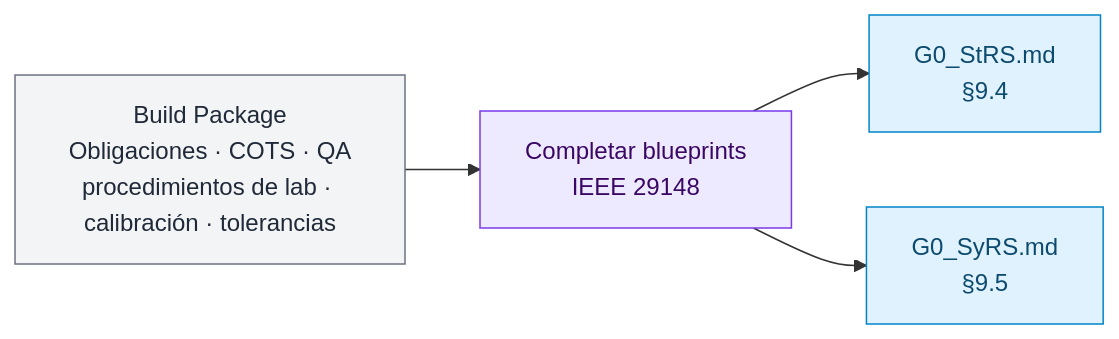
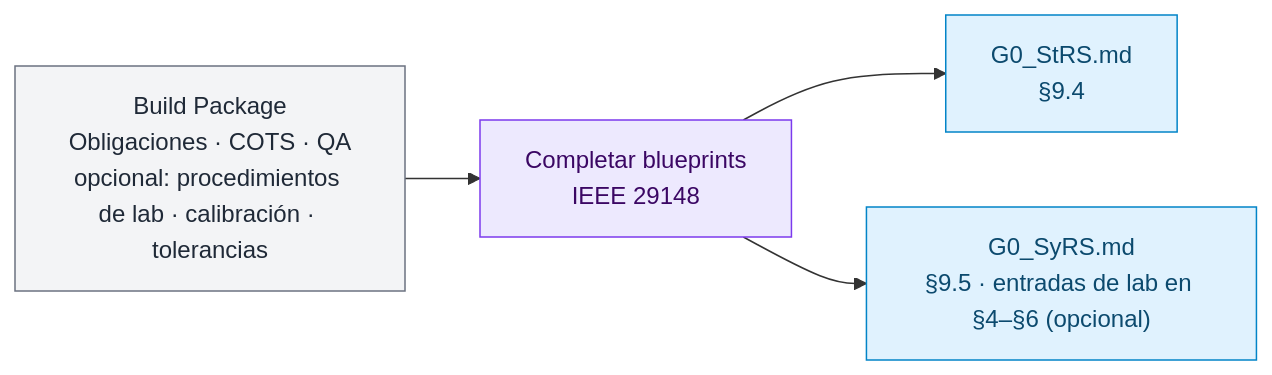
Before and after one commit to dramirezbe/codeanvil-gcpds: the third of 11 diagrams in methodology/V-SIL-v3/V-SIL_v3-spa.md, drawn with Mermaid. The commit also changed other lines of this file and 3 other files, not shown here.

````diff
--- a/methodology/V-SIL-v3/V-SIL_v3-spa.md
+++ b/methodology/V-SIL-v3/V-SIL_v3-spa.md
@@ -98,15 +98,15 @@
 ```mermaid
 flowchart LR
     classDef input fill:#f3f4f6,stroke:#6b7280,color:#1f2937
     classDef process fill:#ede9fe,stroke:#7c3aed,color:#3b0764
     classDef output fill:#e0f2fe,stroke:#0284c7,color:#0c4a6e
 
-    BP["Build Package<br/>Obligaciones · COTS · QA<br/>procedimientos de lab · calibración · tolerancias"]:::input
+    BP["Build Package<br/>Obligaciones · COTS · QA<br/>opcional: procedimientos de lab · calibración · tolerancias"]:::input
     FILL["Completar blueprints<br/>IEEE 29148"]:::process
     StRS["G0_StRS.md<br/>§9.4"]:::output
-    SyRS["G0_SyRS.md<br/>§9.5"]:::output
+    SyRS["G0_SyRS.md<br/>§9.5 · entradas de lab en §4–§6 (opcional)"]:::output
 
     BP --> FILL
     FILL --> StRS
     FILL --> SyRS
 ```
````
